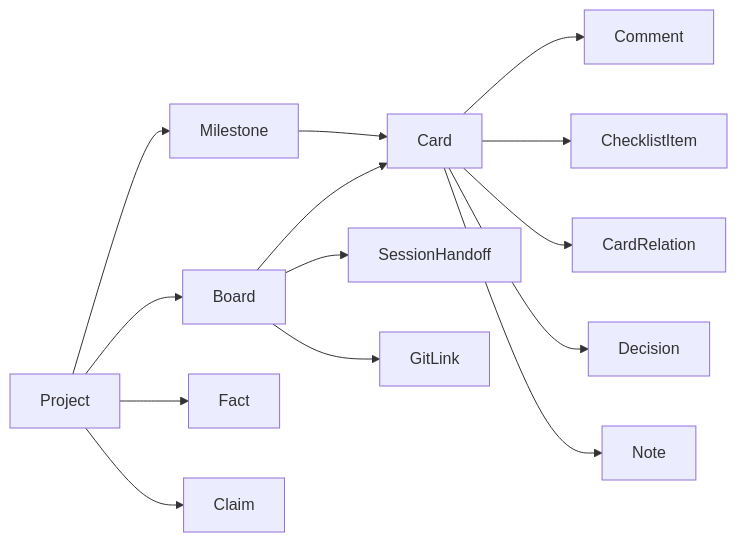
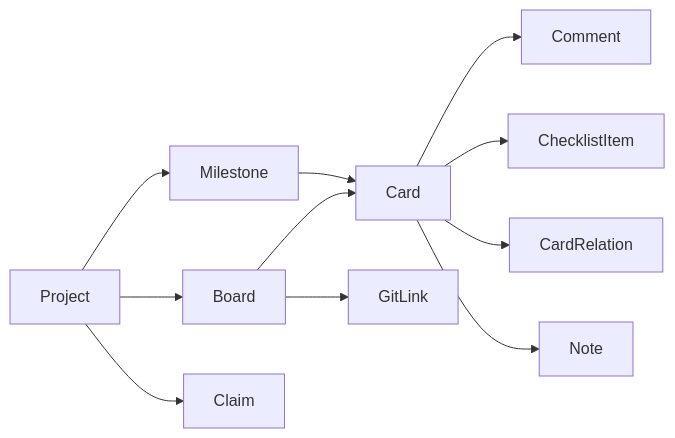
One commit to 2nspired/project-tracker changed the second of 2 diagrams in docs-site/src/content/docs/tools.mdx. Above: the diagram before and after it, drawn with Mermaid. The commit also changed other lines of this file and 2 other files, not shown here.

````diff
--- a/docs-site/src/content/docs/tools.mdx
+++ b/docs-site/src/content/docs/tools.mdx
@@ -100,16 +105,13 @@
 ```mermaid
 flowchart LR
 	P[Project] --> B[Board]
 	B --> C[Card]
 	C --> CM[Comment]
 	C --> CK[ChecklistItem]
 	C --> CR[CardRelation]
-	C --> CD[Decision]
 	C --> CN[Note]
 	P --> M[Milestone]
 	M --> C
-	P --> F[Fact]
 	P --> CL[Claim]
-	B --> H[SessionHandoff]
 	B --> G[GitLink]
 ```
````
